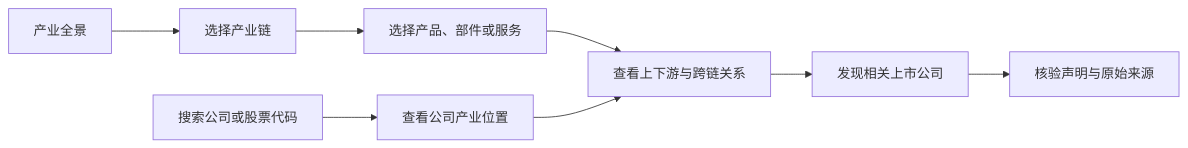
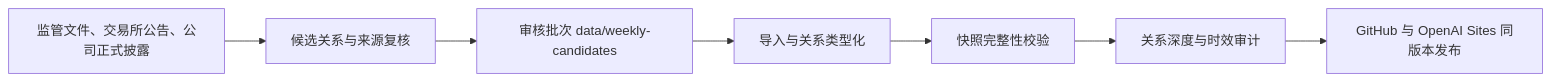
Before and after one commit to judefluen-coder/ai-chaingraph: the second of 3 diagrams in README.md, drawn with Mermaid. The commit also changed other lines of this file, not shown here.

````diff
--- a/README.md
+++ b/README.md
@@ -48,11 +115,9 @@
 ```mermaid
 flowchart LR
-    A["产业全景"] --> B["选择产业链"]
-    B --> C["选择产品、部件或服务"]
-    C --> D["查看上下游与跨链关系"]
-    D --> E["发现相关上市公司"]
-    E --> F["核验声明与原始来源"]
-
-    G["搜索公司或股票代码"] --> H["查看公司产业位置"]
-    H --> D
+    A["监管文件、交易所公告、公司正式披露"] --> B["候选关系与来源复核"]
+    B --> C["审核批次 data/weekly-candidates"]
+    C --> D["导入与关系类型化"]
+    D --> E["快照完整性校验"]
+    E --> F["关系深度与时效审计"]
+    F --> G["GitHub 与 OpenAI Sites 同版本发布"]
 ```
````
